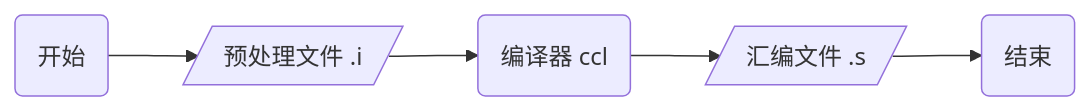
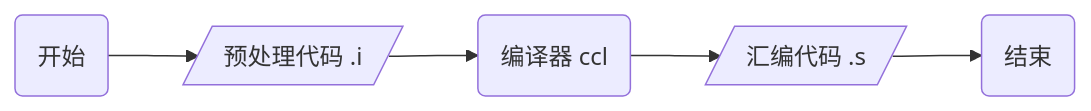
Before and after one commit to dmjcb/dmjcb.github.io: the third of 8 diagrams in _posts/language/c_c++/compile/2021-06-15-编译过程.md, drawn with Mermaid. The commit also changed other lines of this file and 31 other files, not shown here.

````diff
--- a/_posts/language/c_c++/compile/2021-06-15-编译过程.md
+++ b/_posts/language/c_c++/compile/2021-06-15-编译过程.md
@@ -63,4 +85,4 @@
 ```mermaid
 graph LR;
-    X(开始)-->A[/预处理文件 .i/]-->C(编译器 ccl)-->S[/汇编文件 .s/]-->Z(结束)
+    X(开始)-->A[/预处理代码 .i/]-->C(编译器 ccl)-->S[/汇编代码 .s/]-->Z(结束)
 ```
````
